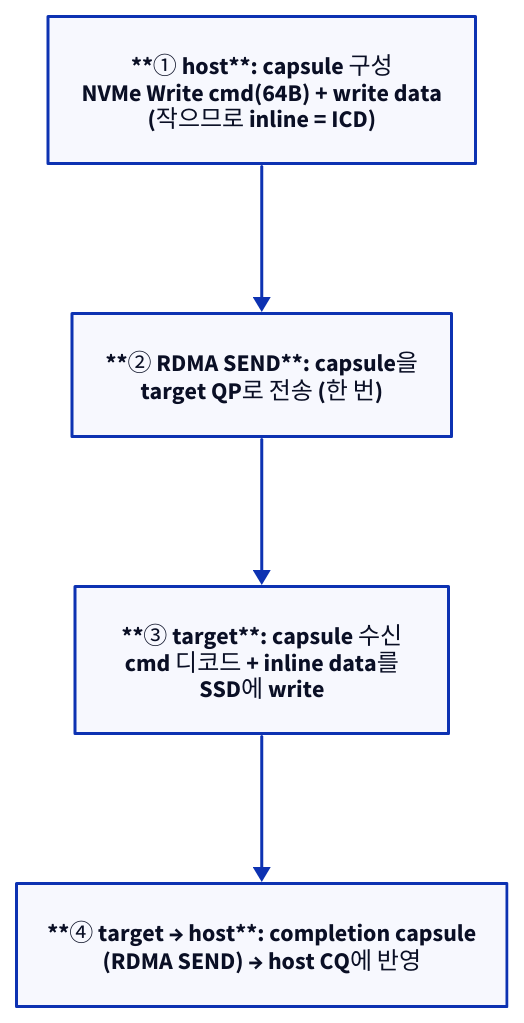
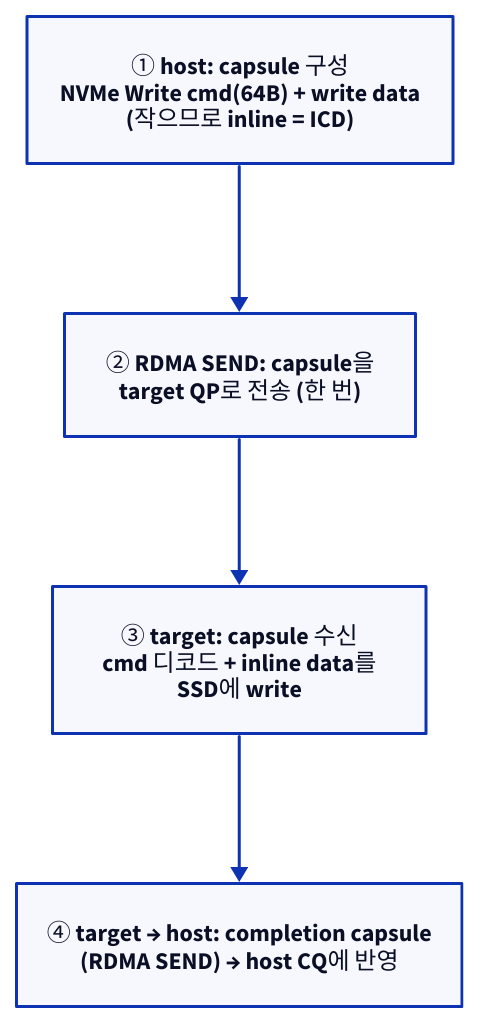
Before and after one commit to humbleowl39/DV_SKOOL: the second of 3 diagrams in starlight_site/src/content/docs/nvme/04_nvmeof_over_rdma.md, drawn with D2. The commit also changed other lines of this file and 714 other files, not shown here.

First line of the commit message:
fix(site): d2 다이어그램 가독성 결함 6종 일괄 수정

````diff
--- a/starlight_site/src/content/docs/nvme/04_nvmeof_over_rdma.md
+++ b/starlight_site/src/content/docs/nvme/04_nvmeof_over_rdma.md
@@ -72,9 +72,9 @@
 ```d2
 direction: down
 
-S1: "**① host**: capsule 구성\nNVMe Write cmd(64B) + write data\n(작으므로 inline = ICD)"
-S2: "**② RDMA SEND**: capsule을\ntarget QP로 전송 (한 번)"
-S3: "**③ target**: capsule 수신\ncmd 디코드 + inline data를\nSSD에 write"
-S4: "**④ target → host**: completion capsule\n(RDMA SEND) → host CQ에 반영"
+S1: "① host: capsule 구성\nNVMe Write cmd(64B) + write data\n(작으므로 inline = ICD)"
+S2: "② RDMA SEND: capsule을\ntarget QP로 전송 (한 번)"
+S3: "③ target: capsule 수신\ncmd 디코드 + inline data를\nSSD에 write"
+S4: "④ target → host: completion capsule\n(RDMA SEND) → host CQ에 반영"
 S1 -> S2 -> S3 -> S4
 ```
````
